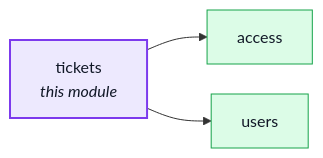
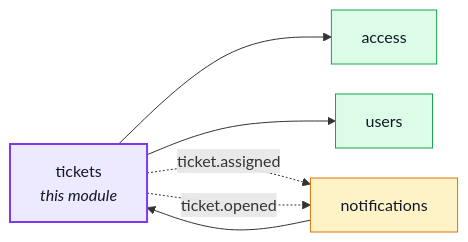
Before and after one commit to Guebbit/boilerplate-node-backend: the first of 2 diagrams in docs/modules/tickets.md, drawn with Mermaid. The commit also changed other lines of this file and 39 other files, not shown here.

First line of the commit message:
feat(tickets): tell the staff who work a ticket, and mail the contact fallback with a Reply-To

````diff
--- a/docs/modules/tickets.md
+++ b/docs/modules/tickets.md
@@ -16,17 +16,22 @@
 ```mermaid
 %%{init: {'flowchart': {'nodeSpacing': 30, 'rankSpacing': 60}}}%%
 flowchart LR
     tickets["tickets<br/><i>this module</i>"]
     access["access"]
+    notifications["notifications"]
     users["users"]
 
+    notifications --> tickets
     tickets --> access
     tickets --> users
+    tickets -. "ticket.assigned" .-> notifications
+    tickets -. "ticket.opened" .-> notifications
 
     classDef core fill:#dbeafe,stroke:#2563eb,color:#111827;
     classDef supporting fill:#fef3c7,stroke:#d97706,color:#111827;
     classDef generic fill:#dcfce7,stroke:#16a34a,color:#111827;
     classDef centre fill:#ede9fe,stroke:#7c3aed,stroke-width:2px,color:#111827;
+    class notifications supporting;
     class access,users generic;
     class tickets centre;
 ```
````
